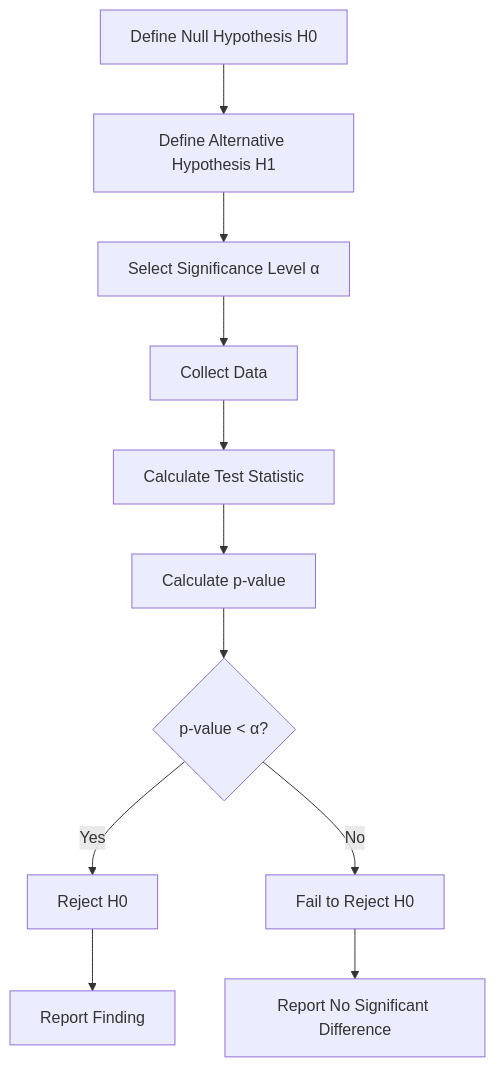
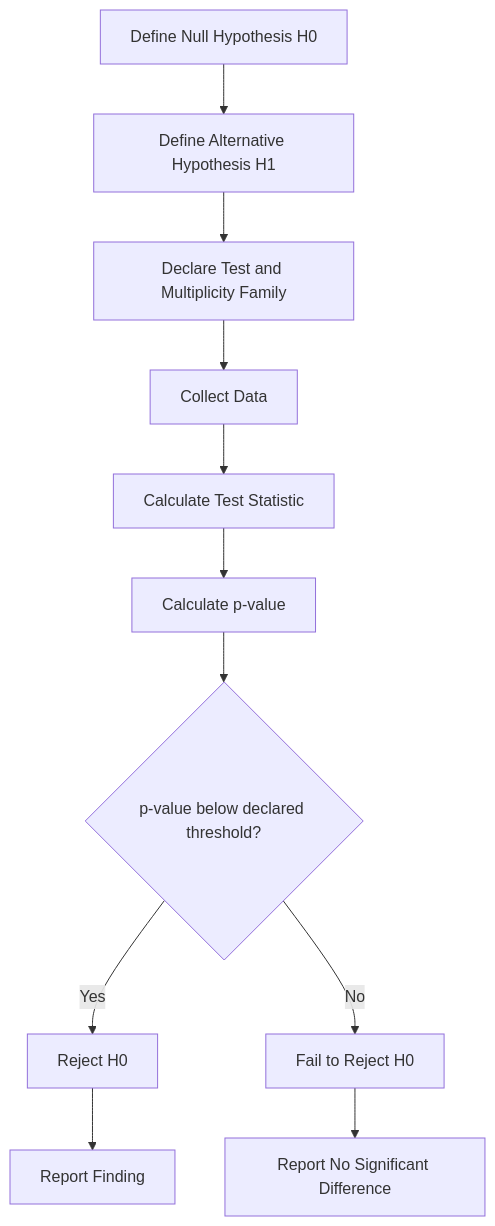
The third of 6 diagrams in plans/07-Benchmarking/04-Analysis/02-statistical-analysis.md (Evintkoo/2048-ml), drawn with Mermaid before and after one commit. The commit also changed other lines of this file and 67 other files, not shown here.

````diff
--- a/plans/07-Benchmarking/04-Analysis/02-statistical-analysis.md
+++ b/plans/07-Benchmarking/04-Analysis/02-statistical-analysis.md
@@ -60,13 +59,13 @@
 ```mermaid
 flowchart TD
     A[Define Null Hypothesis H0] --> B[Define Alternative Hypothesis H1]
-    B --> C[Select Significance Level α]
+    B --> C[Declare Test and Multiplicity Family]
     C --> D[Collect Data]
     D --> E[Calculate Test Statistic]
     E --> F[Calculate p-value]
-    F --> G{p-value < α?}
+    F --> G{p-value below declared threshold?}
     G -->|Yes| H[Reject H0]
     G -->|No| I[Fail to Reject H0]
     H --> J[Report Finding]
     I --> K[Report No Significant Difference]
 ```
````
